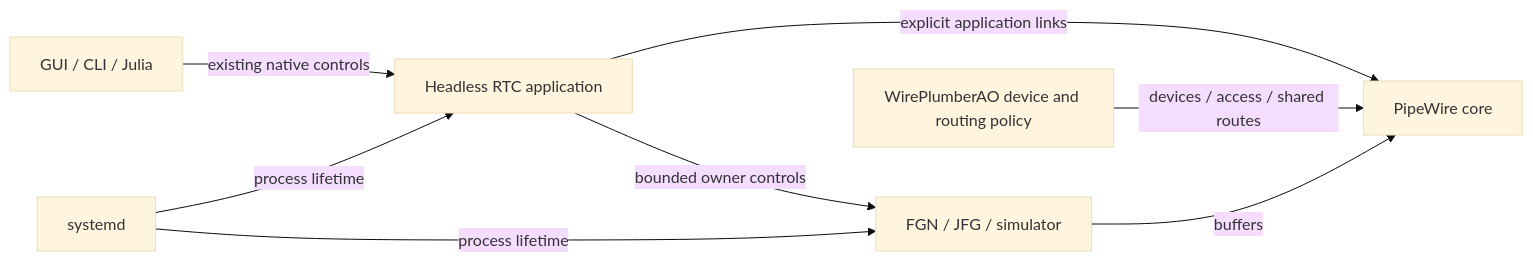
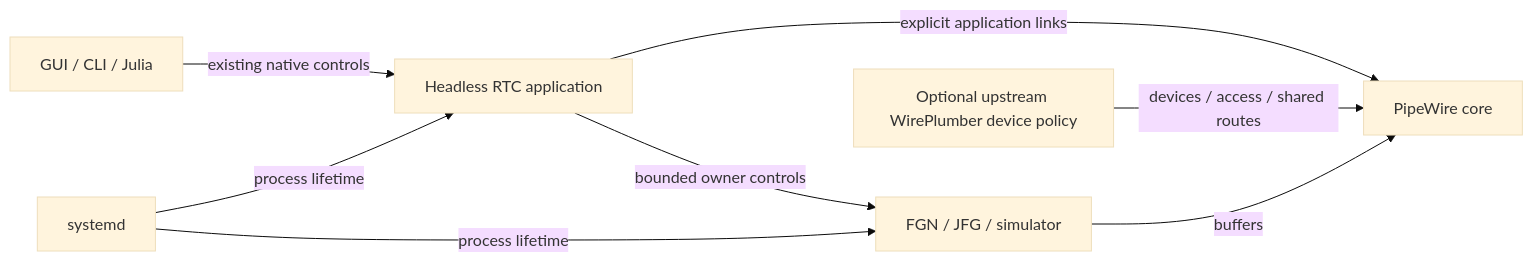
One commit to DarrylGamroth/pipewireao-rtc changed the diagram in docs/HEADLESS_RTC_DESIGN.md. Above: the diagram before and after it, drawn with Mermaid (base theme). The commit also changed other lines of this file and 22 other files, not shown here.

Commit message:
Use upstream WirePlumber package integration and record CPU validation

````diff
--- a/docs/HEADLESS_RTC_DESIGN.md
+++ b/docs/HEADLESS_RTC_DESIGN.md
@@ -27,16 +29,16 @@
 ```mermaid
 flowchart LR
     Clients["GUI / CLI / Julia"]
     RTC["Headless RTC application"]
     PW["PipeWire core"]
-    WP["WirePlumberAO device and routing policy"]
+    WP["Optional upstream WirePlumber device policy"]
     Science["FGN / JFG / simulator"]
     Systemd["systemd"]
     Clients -->|existing native controls| RTC
     RTC -->|explicit application links| PW
     RTC -->|bounded owner controls| Science
     WP -->|devices / access / shared routes| PW
     Science -->|buffers| PW
     Systemd -->|process lifetime| RTC
     Systemd -->|process lifetime| Science
 ```
````
